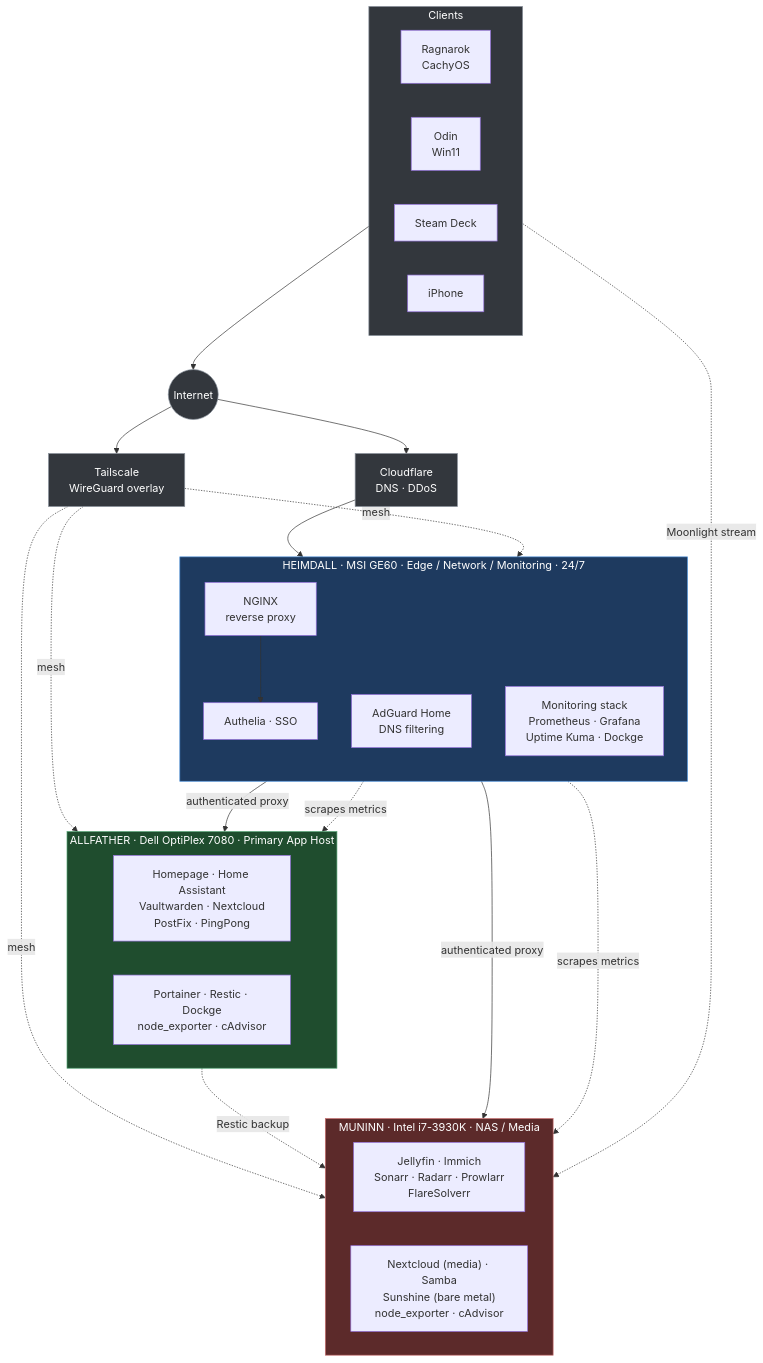
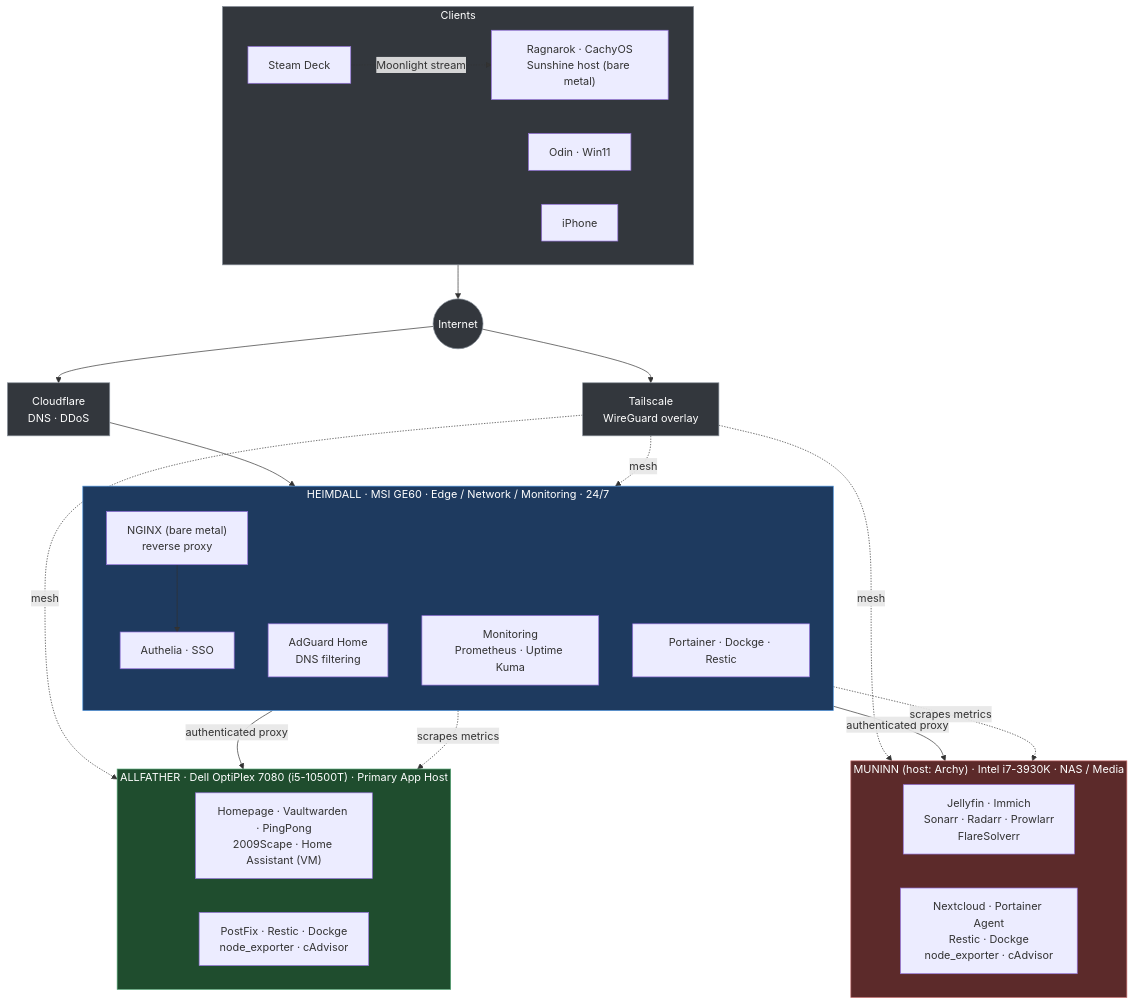
Before and after one commit to bjschnell/NoPlaceLikeHomelab: the diagram in README.md, drawn with Mermaid. The commit also changed other lines of this file and 5 other files, not shown here.

````diff
--- a/README.md
+++ b/README.md
@@ -41,53 +43,53 @@
 ```mermaid
 graph TB
     subgraph Clients["Clients"]
         direction LR
-        Ragnarok["Ragnarok<br/>CachyOS"]
-        Odin["Odin<br/>Win11"]
+        Ragnarok["Ragnarok · CachyOS<br/>Sunshine host (bare metal)"]
+        Odin["Odin · Win11"]
         SteamDeck["Steam Deck"]
         iPhone["iPhone"]
     end
 
     Clients --> Internet(("Internet"))
     Internet --> Cloudflare["Cloudflare<br/>DNS · DDoS"]
     Internet --> Tailscale["Tailscale<br/>WireGuard overlay"]
     Cloudflare --> NGINX
 
     subgraph Heimdall["HEIMDALL · MSI GE60 · Edge / Network / Monitoring · 24/7"]
         direction TB
-        NGINX["NGINX<br/>reverse proxy"] --> Authelia["Authelia · SSO"]
+        NGINX["NGINX (bare metal)<br/>reverse proxy"] --> Authelia["Authelia · SSO"]
         AdGuard["AdGuard Home<br/>DNS filtering"]
-        Obs["Monitoring stack<br/>Prometheus · Grafana<br/>Uptime Kuma · Dockge"]
+        Obs["Monitoring<br/>Prometheus · Uptime Kuma"]
+        Mgmt_H["Portainer · Dockge · Restic"]
     end
 
-    subgraph Allfather["ALLFATHER · Dell OptiPlex 7080 · Primary App Host"]
+    subgraph Allfather["ALLFATHER · Dell OptiPlex 7080 (i5-10500T) · Primary App Host"]
         direction LR
-        A_apps["Homepage · Home Assistant<br/>Vaultwarden · Nextcloud<br/>PostFix · PingPong"]
-        A_mgmt["Portainer · Restic · Dockge<br/>node_exporter · cAdvisor"]
+        A_apps["Homepage · Vaultwarden · PingPong<br/>2009Scape · Home Assistant (VM)"]
+        A_mgmt["PostFix · Restic · Dockge<br/>node_exporter · cAdvisor"]
     end
 
-    subgraph Muninn["MUNINN · Intel i7-3930K · NAS / Media"]
+    subgraph Muninn["MUNINN (host: Archy) · Intel i7-3930K · NAS / Media"]
         direction LR
         M_media["Jellyfin · Immich<br/>Sonarr · Radarr · Prowlarr<br/>FlareSolverr"]
-        M_store["Nextcloud (media) · Samba<br/>Sunshine (bare metal)<br/>node_exporter · cAdvisor"]
+        M_store["Nextcloud · Portainer Agent<br/>Restic · Dockge<br/>node_exporter · cAdvisor"]
     end
 
     Authelia -- authenticated proxy --> Allfather
     Authelia -- authenticated proxy --> Muninn
     Tailscale -. mesh .-> Heimdall
     Tailscale -. mesh .-> Allfather
     Tailscale -. mesh .-> Muninn
     Obs -. scrapes metrics .-> Allfather
     Obs -. scrapes metrics .-> Muninn
-    A_mgmt -. Restic backup .-> Muninn
-    SteamDeck -. Moonlight stream .-> M_store
+    SteamDeck -. Moonlight stream .-> Ragnarok
 
     classDef edge fill:#1e3a5f,stroke:#4a90d9,color:#fff;
     classDef app fill:#1f4d2e,stroke:#52a373,color:#fff;
     classDef nas fill:#5c2a2a,stroke:#c97070,color:#fff;
     classDef net fill:#33373d,stroke:#8a929c,color:#fff;
     class Heimdall edge;
     class Allfather app;
     class Muninn nas;
     class Cloudflare,Tailscale,Internet,Clients net;
 ```
````
